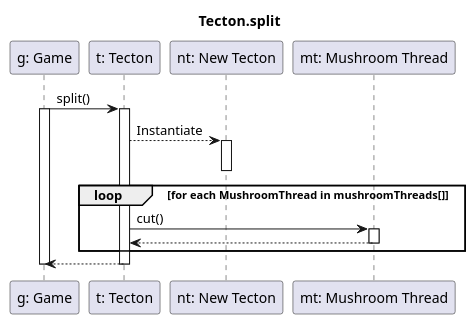
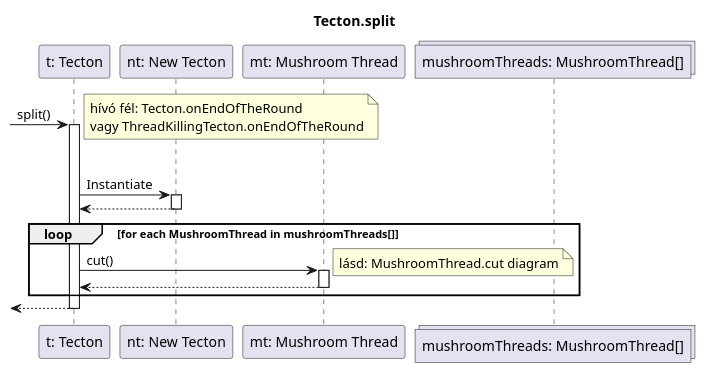
One commit to dzsem/projlab changed the diagram in diagrams/sequence/tecton/split.plantuml. Above: the diagram before and after it, drawn with PlantUML. The commit also changed 6 other files, not shown here.

Commit message:
Added references to tecton and cutting related diagrams

```diff
--- a/diagrams/sequence/tecton/split.plantuml
+++ b/diagrams/sequence/tecton/split.plantuml
@@ -1,31 +1,35 @@
 @startuml split_sequence
 title Tecton.split
 
-participant "g: Game" as game
 participant "t: Tecton" as tecton
 participant "nt: New Tecton" as newtecton
 participant "mt: Mushroom Thread" as thread
+collections "mushroomThreads: MushroomThread[]" as mts
 
-game -> tecton: split()
-activate game
+-> tecton: split()
+note right: hívó fél: Tecton.onEndOfTheRound\nvagy ThreadKillingTecton.onEndOfTheRound
 activate tecton
 
-tecton --> newtecton: Instantiate
+opt random generated number lower than splitChance
+
+tecton -> newtecton: Instantiate
 activate newtecton
+
+tecton <-- newtecton
 deactivate newtecton
 
 loop for each MushroomThread in mushroomThreads[]
 
-tecton -> thread: cut()
-activate thread
+	tecton -> thread: cut()
+	note right: lásd: MushroomThread.cut diagram
+	activate thread
 
-thread --> tecton
-deactivate thread
+	thread --> tecton
+	deactivate thread
 
 end
 
-game <-- tecton
+<-- tecton
 deactivate tecton
-deactivate game
 
 @enduml
```
